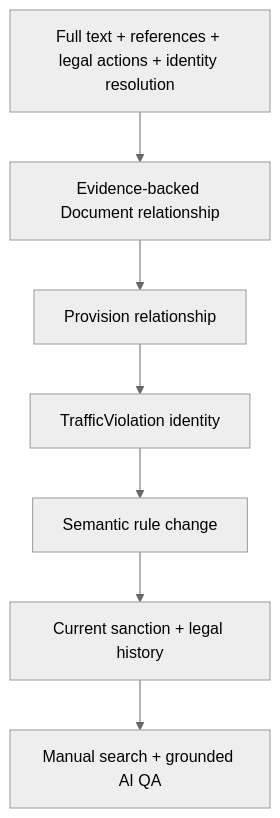
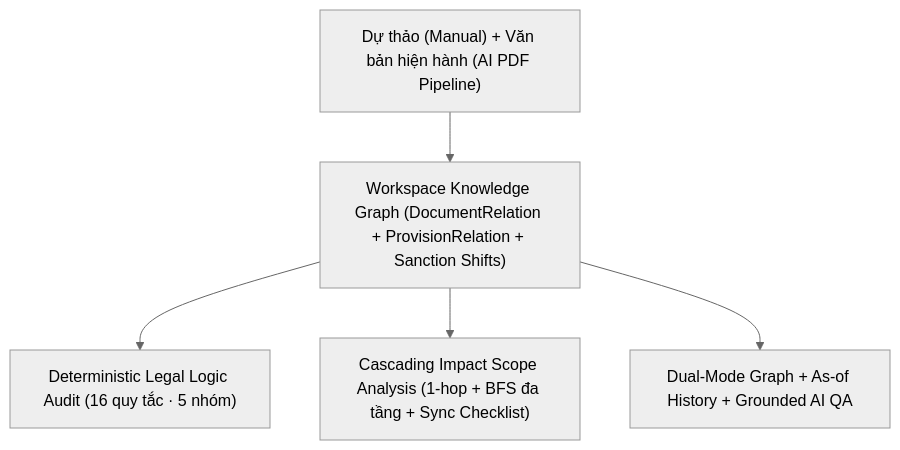
One commit to NamPE286/INT3011E_6 changed diagram 42 of 42 in docs/srs.md. Above: the diagram before and after it, drawn with Mermaid (neutral theme). The commit also changed other lines of this file and 7 other files, not shown here.

Commit message:
docs: align SRS v1.0 and project docs with law drafting, logic audit, and impact scope

````diff
--- a/docs/srs.md
+++ b/docs/srs.md
@@ -2398,16 +2417,12 @@
 ```mermaid
 flowchart TB
-    N0["Full text + references + legal actions + identity resolution"]
-    N1["Evidence-backed Document relationship"]
-    N2["Provision relationship"]
-    N3["TrafficViolation identity"]
-    N4["Semantic rule change"]
-    N5["Current sanction + legal history"]
-    N6["Manual search + grounded AI QA"]
+    N0["Dự thảo (Manual) + Văn bản hiện hành (AI PDF Pipeline)"]
+    N1["Workspace Knowledge Graph (DocumentRelation + ProvisionRelation + Sanction Shifts)"]
+    N2["Deterministic Legal Logic Audit (16 quy tắc · 5 nhóm)"]
+    N3["Cascading Impact Scope Analysis (1-hop + BFS đa tầng + Sync Checklist)"]
+    N4["Dual-Mode Graph + As-of History + Grounded AI QA"]
     N0 --> N1
     N1 --> N2
-    N2 --> N3
-    N3 --> N4
-    N4 --> N5
-    N5 --> N6
+    N1 --> N3
+    N1 --> N4
 ```
````
